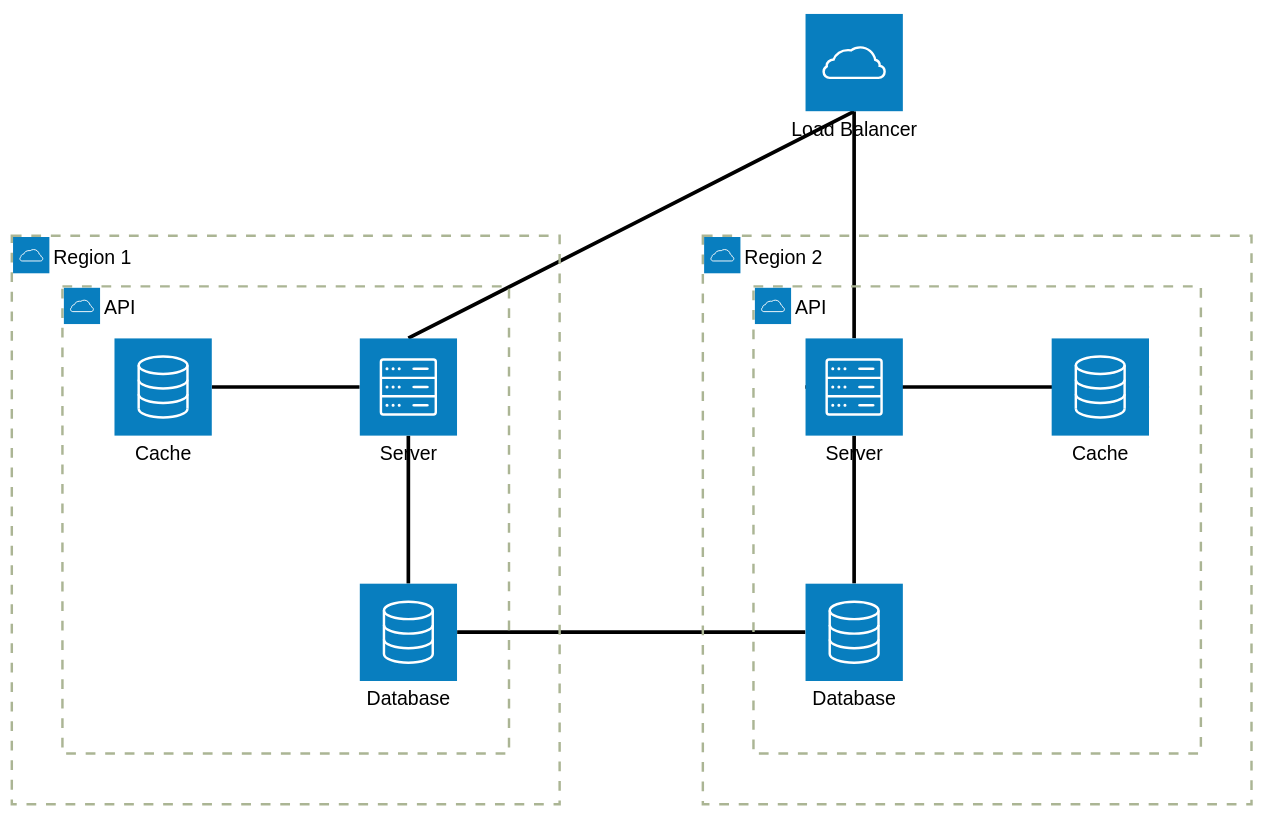
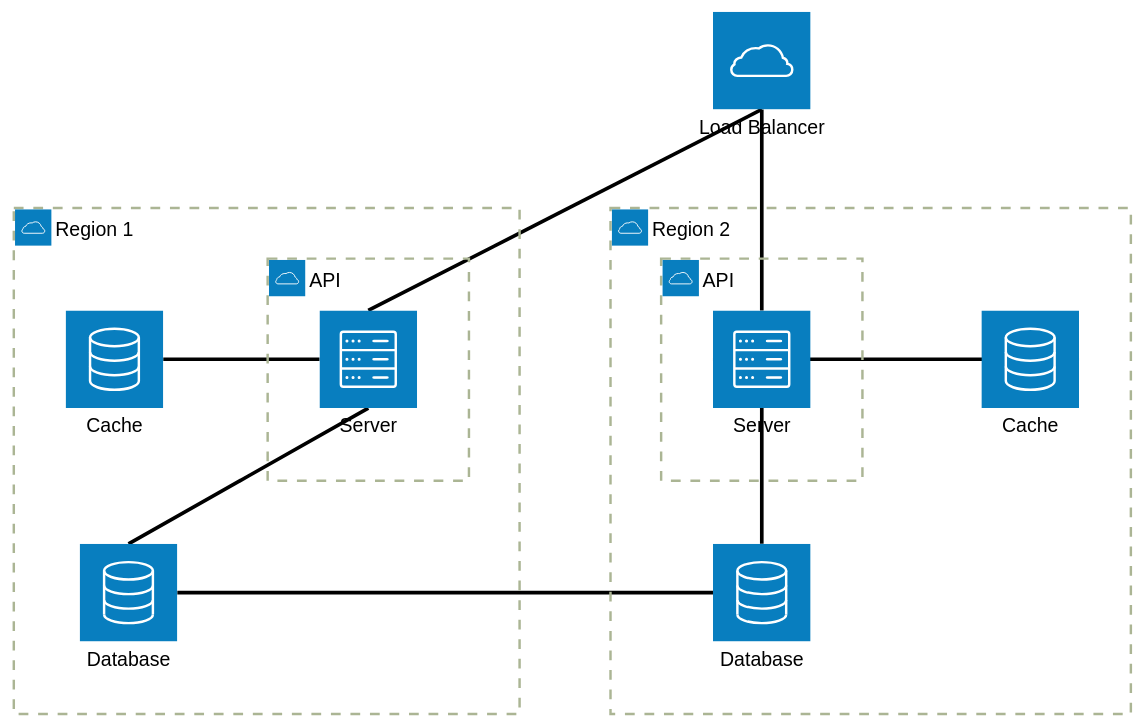
Before and after one commit to JPratama7/scratches-docs: the fourth of 4 diagrams in tiny-shorten-url/collision-shorted.md, drawn with Mermaid (forest theme).

Commit message:
refactor: adjust infra architecture

````diff
--- a/tiny-shorten-url/collision-shorted.md
+++ b/tiny-shorten-url/collision-shorted.md
@@ -108,26 +108,26 @@
 ```mermaid
 architecture-beta
     group region1(cloud)[Region 1]
     group region2(cloud)[Region 2]
 
     service lb(cloud)[Load Balancer]
 
     group api1(cloud)[API] in region1
-    service db1(database)[Database] in api1
+    service db1(database)[Database] in region1
     service server1(server)[Server] in api1
-    service cache1(database)[Cache] in api1
+    service cache1(database)[Cache] in region1
 
     group api2(cloud)[API] in region2
-    service db2(database)[Database] in api2
+    service db2(database)[Database] in region2
     service server2(server)[Server] in api2
-    service cache2(database)[Cache] in api2
+    service cache2(database)[Cache] in region2
 
     lb:B -- T:server1
     lb:B -- T:server2
     db1:T -- B:server1
     db2:T -- B:server2
     db1:R -- L:db2
 
     cache1:R -- L:server1
     cache2:R -- L:server2
 ```
````
